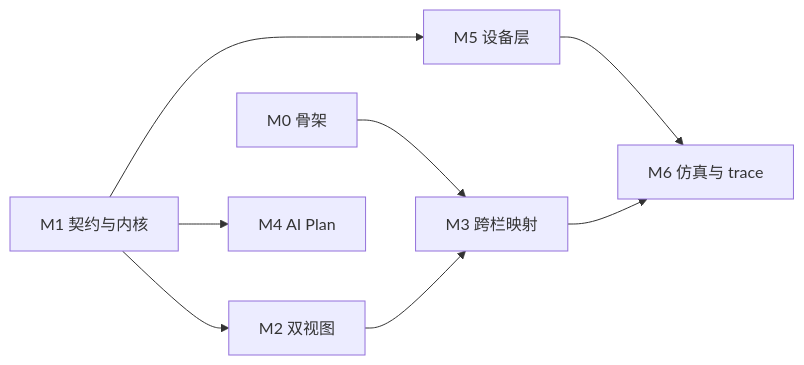
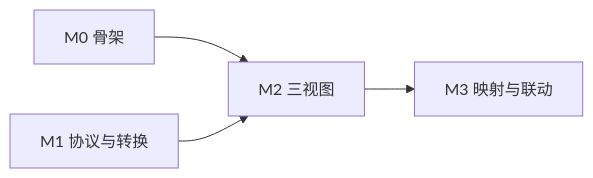
One commit to zhaoyilun/code-canvas changed the diagram in docs/plan.md. Above: the diagram before and after it, drawn with Mermaid. The commit also changed other lines of this file and 1 other file, not shown here.

````diff
--- a/docs/plan.md
+++ b/docs/plan.md
@@ -58,10 +55,6 @@
 ```mermaid
 flowchart LR
-  M0["M0 骨架"] --> M3["M3 跨栏映射"]
-  M1["M1 契约与内核"] --> M2["M2 双视图"]
-  M2 --> M3
-  M1 --> M4["M4 AI Plan"]
-  M1 --> M5["M5 设备层"]
-  M5 --> M6["M6 仿真与 trace"]
-  M3 --> M6
+  M0["M0 骨架"] --> M2["M2 三视图"]
+  M1["M1 协议与转换"] --> M2
+  M2 --> M3["M3 映射与联动"]
 ```
````
